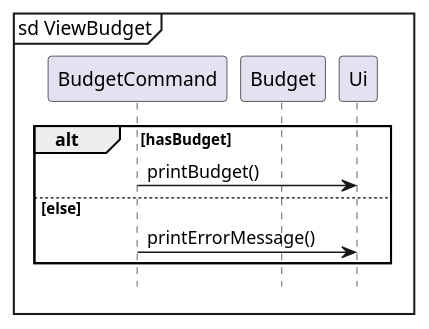
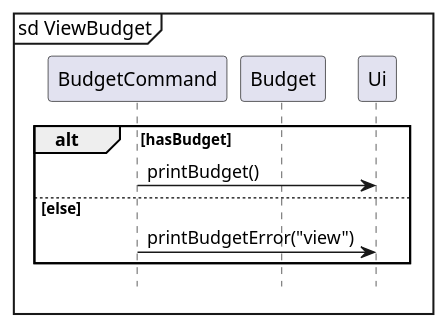
One commit to nus-cs2113-AY2324S1/tp changed the diagram in docs/diagrams/viewBudget.puml. Above: the diagram before and after it, drawn with PlantUML. The commit also changed 9 other files, not shown here.

Commit message:
Extract method in budget command and update DG

```diff
--- a/docs/diagrams/viewBudget.puml
+++ b/docs/diagrams/viewBudget.puml
@@ -1,15 +1,15 @@
 @startuml
 
 mainframe sd ViewBudget
 participant BudgetCommand
 participant Budget
 participant Ui
 
 alt hasBudget
     BudgetCommand -> Ui: printBudget()
 else else
-    BudgetCommand -> Ui: printErrorMessage()
+    BudgetCommand -> Ui: printBudgetError("view")
 end
 
 hide footbox
 @enduml
```
